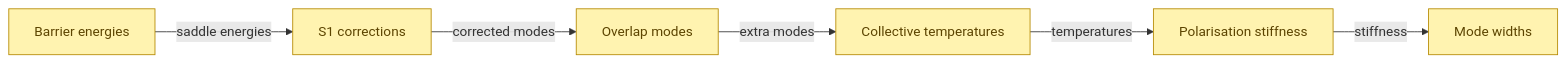
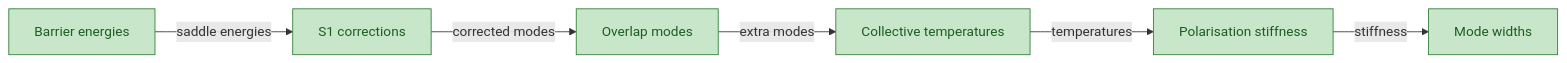
Before and after one commit to aurja130/GEF_Cpp: diagram 27 of 36 in Planning/DBC/CONCEPTS.md, drawn with Mermaid. The commit also changed other lines of this file and 20 other files, not shown here.

First line of the commit message:
M7.2: barriers, energies, temperatures and widths (GEF.bas 6063-6558); Q-061 out-of-bound fragment-table writes emulated

````diff
--- a/Planning/DBC/CONCEPTS.md
+++ b/Planning/DBC/CONCEPTS.md
@@ -909,13 +908,13 @@
 ```mermaid
 flowchart LR
 classDef implemented fill:#c8e6c9,stroke:#2e7d32,color:#1b5e20
 classDef partial fill:#fff3b0,stroke:#b58900,color:#5c4400
 classDef planned stroke-dasharray:6 4
 classDef external fill:#eeeeee,stroke:#9e9e9e,stroke-dasharray:1 3,color:#616161
 BarrierEnergies["Barrier energies"] -->|saddle energies| S1Corrections["S1 corrections"]
 S1Corrections -->|corrected modes| OverlapModes["Overlap modes"]
 OverlapModes -->|extra modes| CollectiveTemperatures["Collective temperatures"]
 CollectiveTemperatures -->|temperatures| PolarisationStiffness["Polarisation stiffness"]
 PolarisationStiffness -->|stiffness| ModeWidths["Mode widths"]
-class BarrierEnergies,S1Corrections,OverlapModes,CollectiveTemperatures,PolarisationStiffness,ModeWidths partial
+class BarrierEnergies,S1Corrections,OverlapModes,CollectiveTemperatures,PolarisationStiffness,ModeWidths implemented
 ```
````
